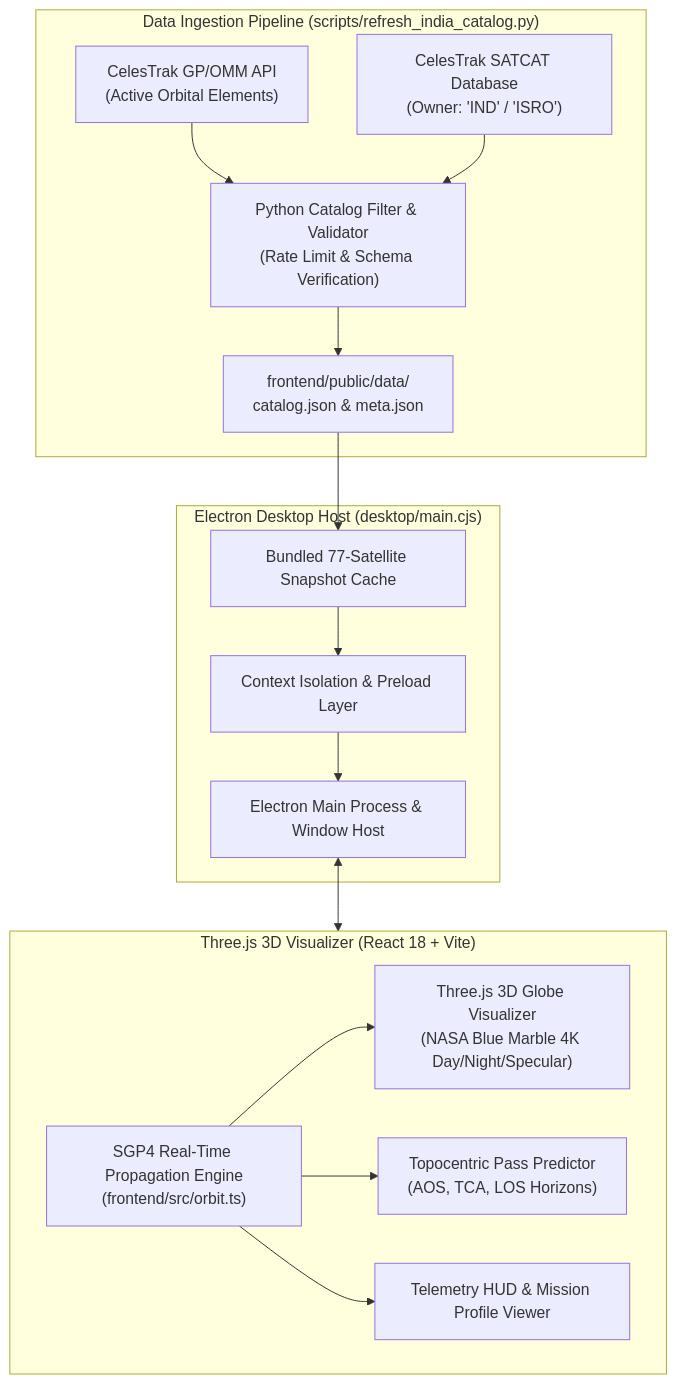
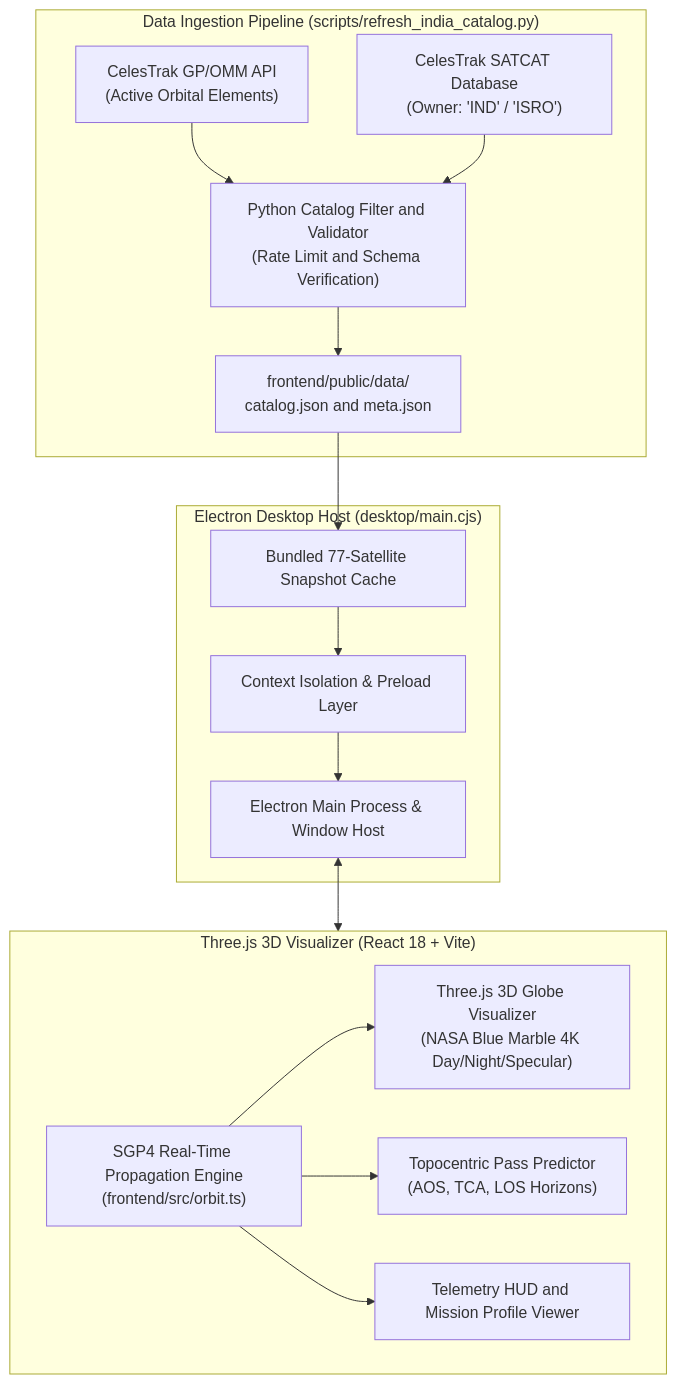
One commit to Hitesh070/ISRO-Orbit-Watch changed the first of 2 diagrams in README.md. Above: the diagram before and after it, drawn with Mermaid. The commit also changed other lines of this file, not shown here.

Commit message:
docs(readme): fix display math block formatting and sequence diagram syntax

````diff
--- a/README.md
+++ b/README.md
@@ -103,34 +103,34 @@
 ```mermaid
 flowchart TD
     subgraph DataPipeline ["Data Ingestion Pipeline (scripts/refresh_india_catalog.py)"]
-        CT_GP["CelesTrak GP/OMM API\n(Active Orbital Elements)"]
-        CT_CAT["CelesTrak SATCAT Database\n(Owner: 'IND' / 'ISRO')"]
-        Filter["Python Catalog Filter & Validator\n(Rate Limit & Schema Verification)"]
-        JSONStore["frontend/public/data/\ncatalog.json & meta.json"]
+        CT_GP["CelesTrak GP/OMM API<br/>(Active Orbital Elements)"]
+        CT_CAT["CelesTrak SATCAT Database<br/>(Owner: 'IND' / 'ISRO')"]
+        Filter["Python Catalog Filter and Validator<br/>(Rate Limit and Schema Verification)"]
+        JSONStore["frontend/public/data/<br/>catalog.json and meta.json"]
         
         CT_GP --> Filter
         CT_CAT --> Filter
         Filter --> JSONStore
     end
 
     subgraph DesktopHost ["Electron Desktop Host (desktop/main.cjs)"]
-        MainProc["Electron Main Process & Window Host"]
-        Security["Context Isolation & Preload Layer"]
+        MainProc["Electron Main Process &amp; Window Host"]
+        Security["Context Isolation &amp; Preload Layer"]
         LocalCache["Bundled 77-Satellite Snapshot Cache"]
     end
 
     subgraph FrontendEngine ["Three.js 3D Visualizer (React 18 + Vite)"]
-        Globe["Three.js 3D Globe Visualizer\n(NASA Blue Marble 4K Day/Night/Specular)"]
-        SGP4["SGP4 Real-Time Propagation Engine\n(frontend/src/orbit.ts)"]
-        PassPredict["Topocentric Pass Predictor\n(AOS, TCA, LOS Horizons)"]
-        HUD["Telemetry HUD & Mission Profile Viewer"]
+        Globe["Three.js 3D Globe Visualizer<br/>(NASA Blue Marble 4K Day/Night/Specular)"]
+        SGP4["SGP4 Real-Time Propagation Engine<br/>(frontend/src/orbit.ts)"]
+        PassPredict["Topocentric Pass Predictor<br/>(AOS, TCA, LOS Horizons)"]
+        HUD["Telemetry HUD and Mission Profile Viewer"]
     end
 
     JSONStore --> LocalCache
     LocalCache --> Security
     Security --> MainProc
     MainProc <--> FrontendEngine
     SGP4 --> Globe
     SGP4 --> PassPredict
     SGP4 --> HUD
 ```
````
